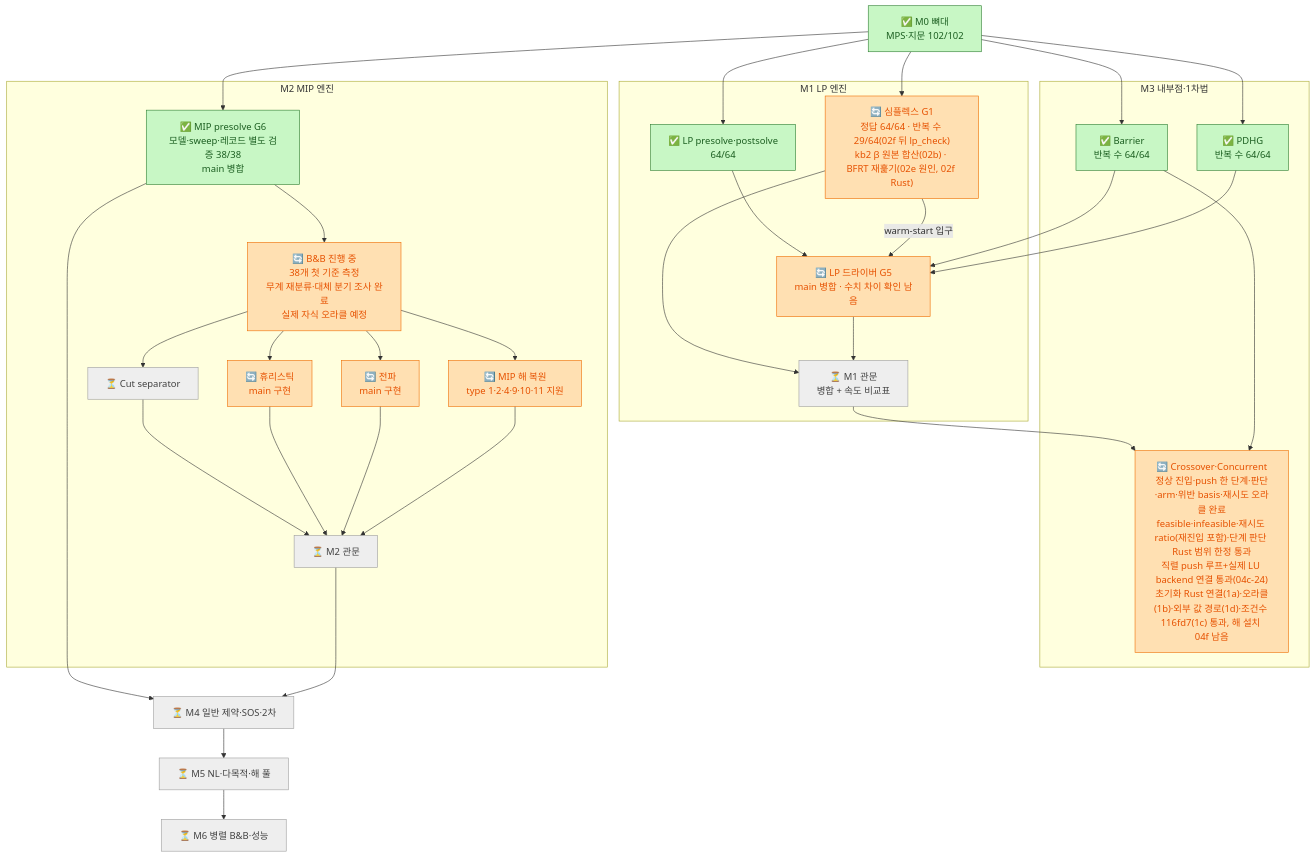
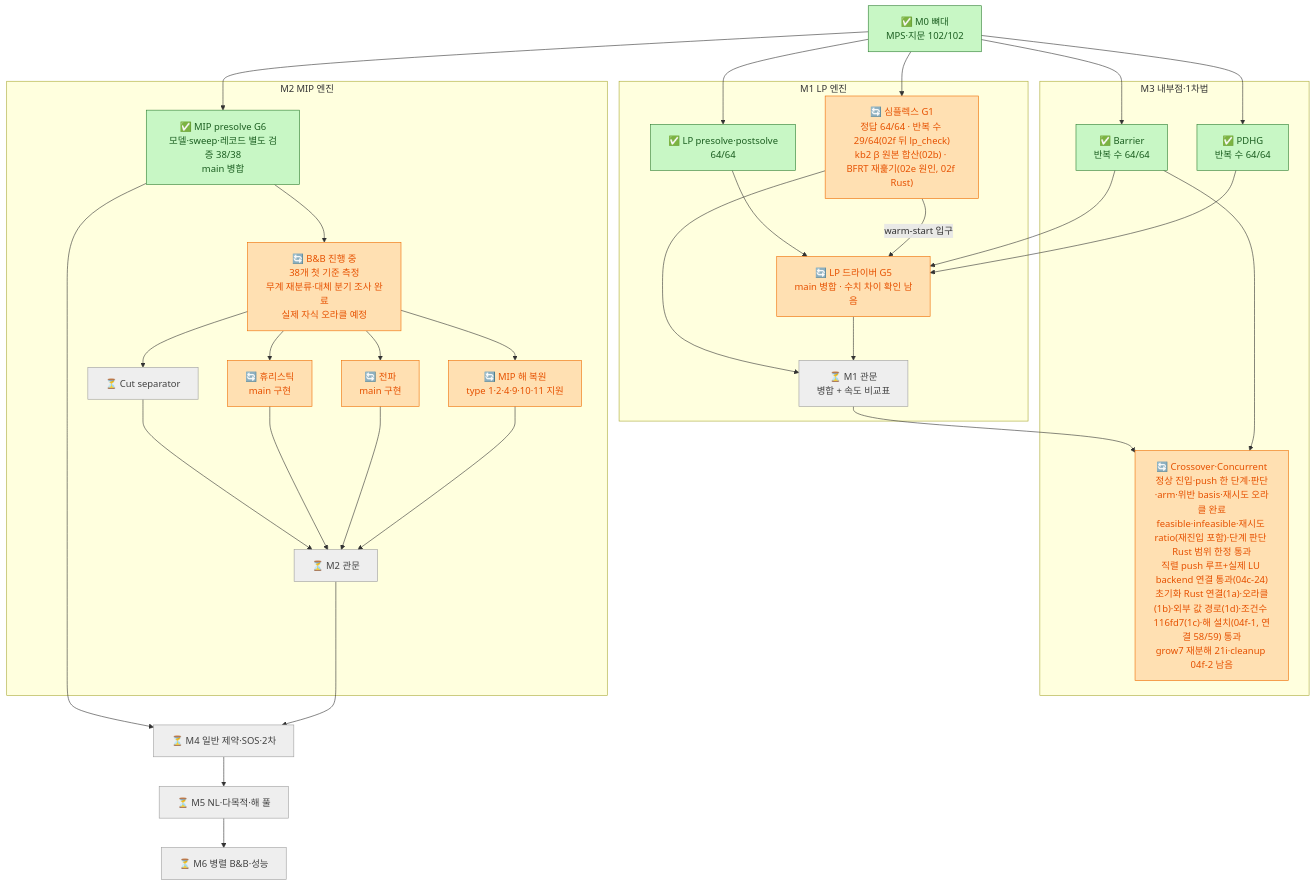
The diagram in docs/12_roadmap_diagram.md (kjh278231/kerobi), drawn with Mermaid before and after one commit. The commit also changed 7 other files, not shown here.

````diff
--- a/docs/12_roadmap_diagram.md
+++ b/docs/12_roadmap_diagram.md
@@ -207,49 +207,49 @@
 ```mermaid
 flowchart TD
     classDef done fill:#c8f7c5,stroke:#2e7d32,color:#1b5e20
     classDef doing fill:#ffe0b2,stroke:#ef6c00,color:#e65100
     classDef pending fill:#bbdefb,stroke:#1565c0,color:#0d47a1
     classDef todo fill:#eeeeee,stroke:#9e9e9e,color:#424242
 
     M0["✅ M0 뼈대<br/>MPS·지문 102/102"]:::done
 
     subgraph M1["M1 LP 엔진"]
         PRE["✅ LP presolve·postsolve<br/>64/64"]:::done
         SPX["🔄 심플렉스 G1<br/>정답 64/64 · 반복 수 29/64(02f 뒤 lp_check)<br/>kb2 β 원본 합산(02b) · BFRT 재훑기(02e 원인, 02f Rust)"]:::doing
         DRV["🔄 LP 드라이버 G5<br/>main 병합 · 수치 차이 확인 남음"]:::doing
         GATE1["⏳ M1 관문<br/>병합 + 속도 비교표"]:::todo
     end
 
     subgraph M3["M3 내부점·1차법"]
         BAR["✅ Barrier<br/>반복 수 64/64"]:::done
         PDHG["✅ PDHG<br/>반복 수 64/64"]:::done
-        XO["🔄 Crossover·Concurrent<br/>정상 진입·push 한 단계·판단·arm·위반 basis·재시도 오라클 완료<br/>feasible·infeasible·재시도 ratio(재진입 포함)·단계 판단 Rust 범위 한정 통과<br/>직렬 push 루프+실제 LU backend 연결 통과(04c-24)<br/>초기화 Rust 연결(1a)·오라클(1b)·외부 값 경로(1d)·조건수 116fd7(1c) 통과, 해 설치 04f 남음"]:::doing
+        XO["🔄 Crossover·Concurrent<br/>정상 진입·push 한 단계·판단·arm·위반 basis·재시도 오라클 완료<br/>feasible·infeasible·재시도 ratio(재진입 포함)·단계 판단 Rust 범위 한정 통과<br/>직렬 push 루프+실제 LU backend 연결 통과(04c-24)<br/>초기화 Rust 연결(1a)·오라클(1b)·외부 값 경로(1d)·조건수 116fd7(1c)·해 설치(04f-1, 연결 58/59) 통과<br/>grow7 재분해 21i·cleanup 04f-2 남음"]:::doing
     end
 
     subgraph M2["M2 MIP 엔진"]
         MPRE["✅ MIP presolve G6<br/>모델·sweep·레코드 별도 검증 38/38<br/>main 병합"]:::done
         BNB["🔄 B&B 진행 중<br/>38개 첫 기준 측정<br/>무계 재분류·대체 분기 조사 완료<br/>실제 자식 오라클 예정"]:::doing
         CUT["⏳ Cut separator"]:::todo
         HEU["🔄 휴리스틱<br/>main 구현"]:::doing
         PROP["🔄 전파<br/>main 구현"]:::doing
         POST["🔄 MIP 해 복원<br/>type 1·2·4·9·10·11 지원"]:::doing
         GATE2["⏳ M2 관문"]:::todo
     end
 
     M4["⏳ M4 일반 제약·SOS·2차"]:::todo
     M5["⏳ M5 NL·다목적·해 풀"]:::todo
     M6["⏳ M6 병렬 B&B·성능"]:::todo
 
     M0 --> PRE & SPX & BAR & PDHG & MPRE
     PRE --> DRV
     BAR & PDHG --> DRV
     SPX -- "warm-start 입구" --> DRV
     SPX & DRV --> GATE1
     GATE1 --> XO
     BAR --> XO
     MPRE --> BNB
     BNB --> CUT & HEU & PROP & POST
     CUT & HEU & PROP & POST --> GATE2
     MPRE --> M4
     GATE2 --> M4 --> M5 --> M6
 ```
````
